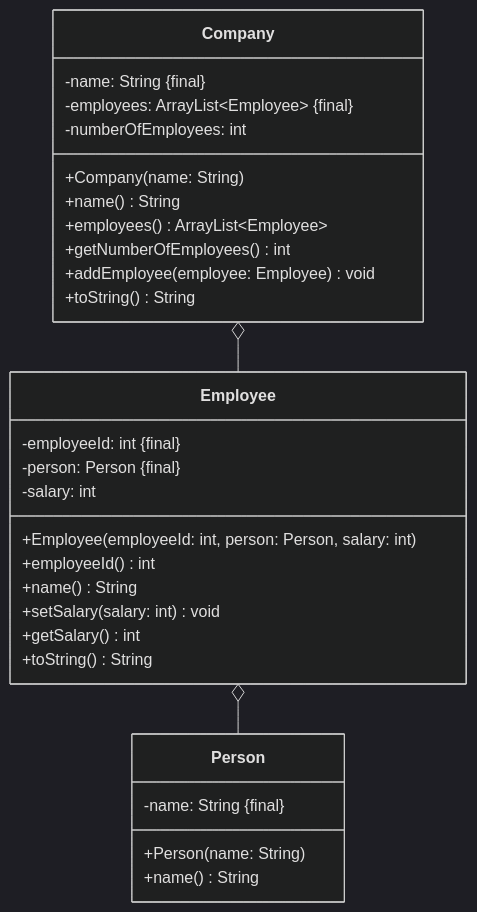
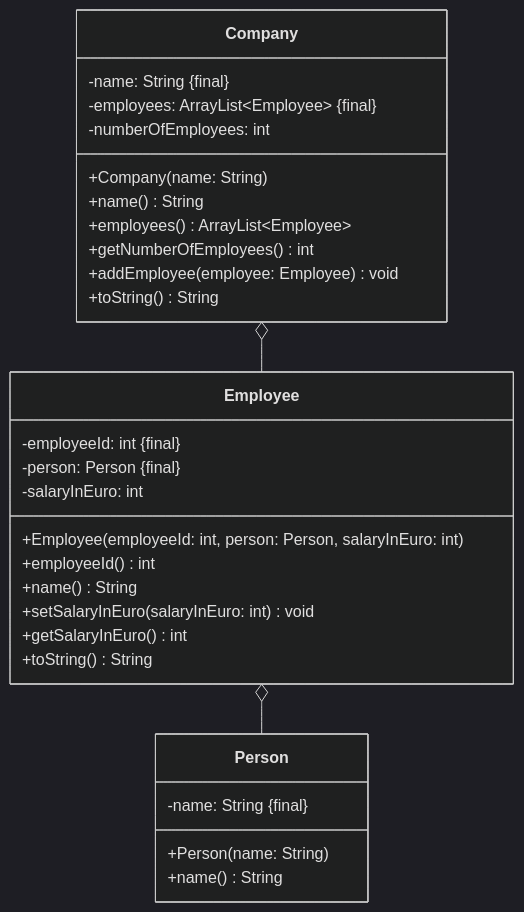
One commit to jappuccini/java-docs changed the diagram in docs/exercises/uml/class-diagrams04.mdx. Above: the diagram before and after it, drawn with Mermaid (dark theme). The commit also changed 13 other files, not shown here.

````diff
--- a/docs/exercises/uml/class-diagrams04.mdx
+++ b/docs/exercises/uml/class-diagrams04.mdx
@@ -15,35 +15,35 @@
 ```mermaid
 classDiagram
     Company o-- Employee
     Employee o-- Person
 
     class Company {
         -name: String &#123final&#125
         -employees: ArrayList~Employee~ &#123final&#125
         -numberOfEmployees: int
         +Company(name: String)
         +name() String
         +employees() ArrayList~Employee~
         +getNumberOfEmployees() int
         +addEmployee(employee: Employee) void
         +toString() String
     }
 
     class Person {
         -name: String &#123final&#125
         +Person(name: String)
         +name() String
     }
 
     class Employee {
         -employeeId: int &#123final&#125
         -person: Person &#123final&#125
-        -salary: int
-        +Employee(employeeId: int, person: Person, salary: int)
+        -salaryInEuro: int
+        +Employee(employeeId: int, person: Person, salaryInEuro: int)
         +employeeId() int
         +name() String
-        +setSalary(salary: int) void
-        +getSalary() int
+        +setSalaryInEuro(salaryInEuro: int) void
+        +getSalaryInEuro() int
         +toString() String
     }
 ```
````
